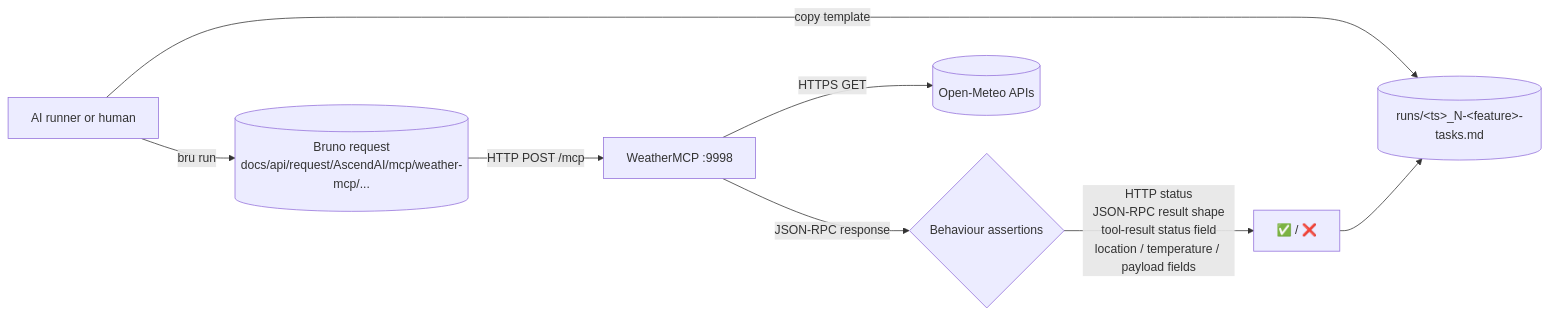
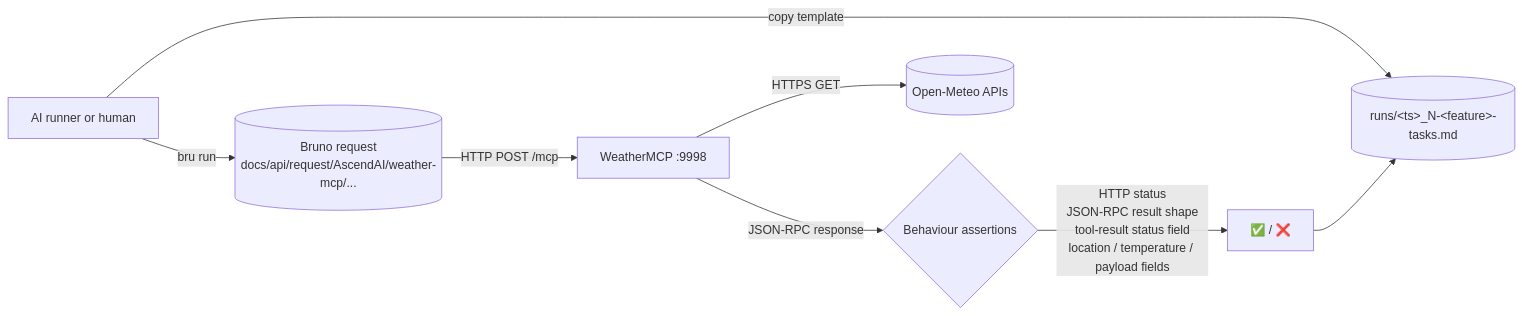
One commit to Lukk17/AscendAI changed the diagram in WeatherMCP/e2e/README.md. Above: the diagram before and after it, drawn with Mermaid. The commit also changed other lines of this file and 27 other files, not shown here.

````diff
--- a/WeatherMCP/e2e/README.md
+++ b/WeatherMCP/e2e/README.md
@@ -48,10 +48,10 @@
 ```mermaid
 flowchart LR
     Runner[AI runner or human] -->|copy template| Record[(runs/&lt;ts&gt;_N-&lt;feature&gt;-tasks.md)]
-    Runner -->|bru run| Req[(Bruno request<br/>docs/api/request/AscendAI/mcp/weather-mcp/...)]
+    Runner -->|bru run| Req[(Bruno request<br/>docs/api/request/AscendAI/weather-mcp/...)]
     Req -->|HTTP POST /mcp| Mcp[WeatherMCP :9998]
     Mcp -->|HTTPS GET| OM[(Open-Meteo APIs)]
     Mcp -->|JSON-RPC response| Verify{Behaviour assertions}
     Verify -->|HTTP status<br/>JSON-RPC result shape<br/>tool-result status field<br/>location / temperature / payload fields| Result[✅ / ❌]
     Result --> Record
 ```
````
